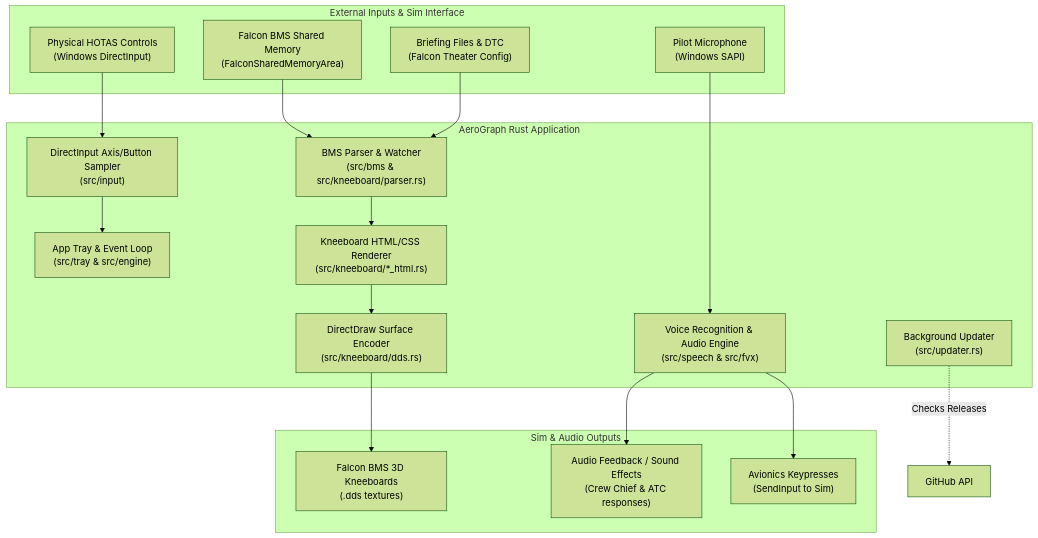
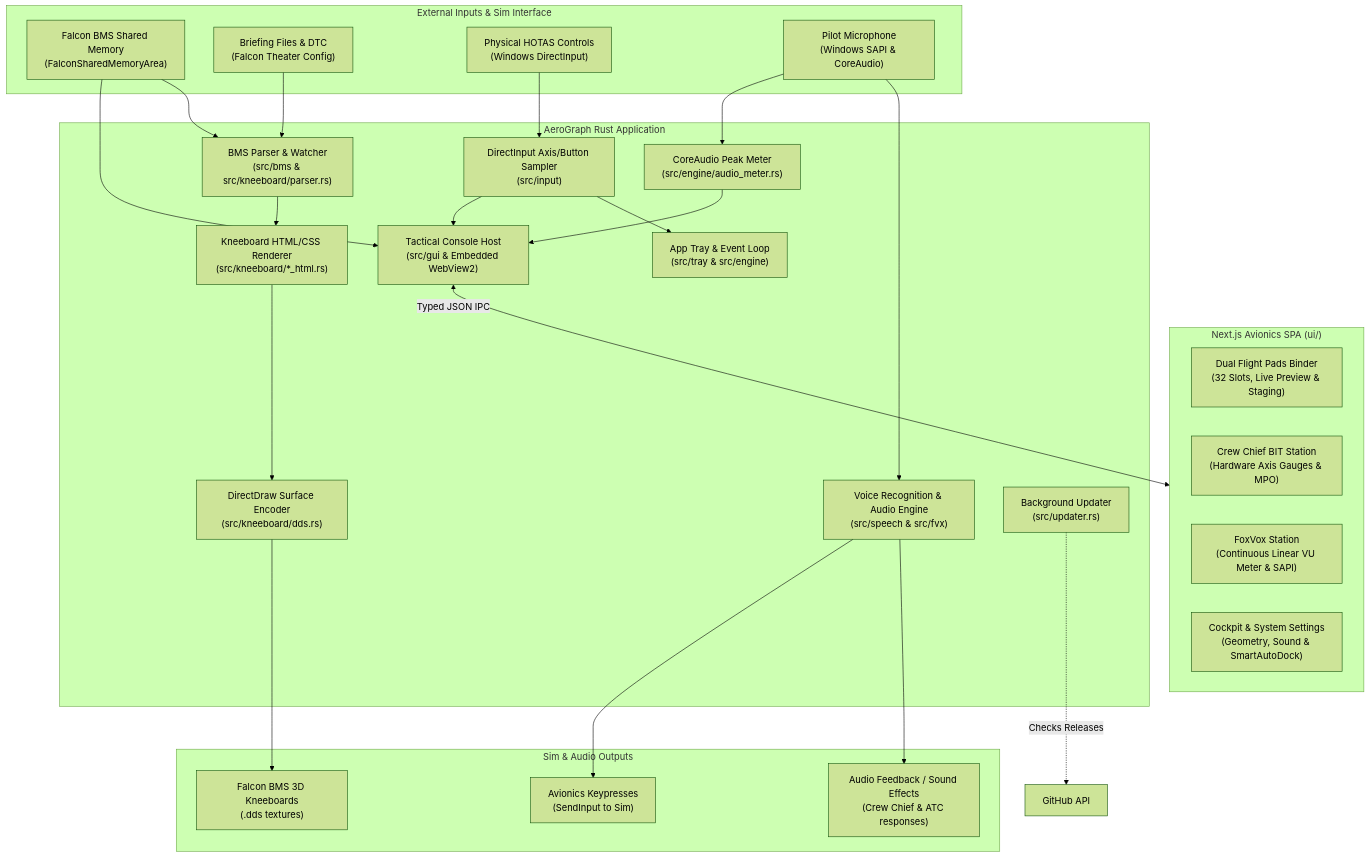
The diagram in docs/ARCHITECTURE.md (yagiziskirik/AeroGraph), drawn with Mermaid (forest theme) before and after one commit. The commit also changed other lines of this file and 2 other files, not shown here.

First line of the commit message:
docs: update architecture, user guide and contributing instructions

````diff
--- a/docs/ARCHITECTURE.md
+++ b/docs/ARCHITECTURE.md
@@ -18,40 +19,54 @@
 ```mermaid
 flowchart TD
     subgraph SimAndHardware["External Inputs & Sim Interface"]
         SM["Falcon BMS Shared Memory<br/>(FalconSharedMemoryArea)"]
         BF["Briefing Files & DTC<br/>(Falcon Theater Config)"]
         DI["Physical HOTAS Controls<br/>(Windows DirectInput)"]
-        MIC["Pilot Microphone<br/>(Windows SAPI)"]
+        MIC["Pilot Microphone<br/>(Windows SAPI & CoreAudio)"]
     end
 
     subgraph AeroGraphCore["AeroGraph Rust Application"]
         TR["App Tray & Event Loop<br/>(src/tray & src/engine)"]
         BP["BMS Parser & Watcher<br/>(src/bms & src/kneeboard/parser.rs)"]
         KR["Kneeboard HTML/CSS Renderer<br/>(src/kneeboard/*_html.rs)"]
         DDS["DirectDraw Surface Encoder<br/>(src/kneeboard/dds.rs)"]
         SP["Voice Recognition & Audio Engine<br/>(src/speech & src/fvx)"]
+        AM["CoreAudio Peak Meter<br/>(src/engine/audio_meter.rs)"]
         INP["DirectInput Axis/Button Sampler<br/>(src/input)"]
         UP["Background Updater<br/>(src/updater.rs)"]
+        GUI["Tactical Console Host<br/>(src/gui & Embedded WebView2)"]
+    end
+
+    subgraph FrontendSPA["Next.js Avionics SPA (ui/)"]
+        BINDER["Dual Flight Pads Binder<br/>(32 Slots, Live Preview & Staging)"]
+        BIT["Crew Chief BIT Station<br/>(Hardware Axis Gauges & MPO)"]
+        COMMS["FoxVox Station<br/>(Continuous Linear VU Meter & SAPI)"]
+        SYS["Cockpit & System Settings<br/>(Geometry, Sound & SmartAutoDock)"]
     end
 
     subgraph Outputs["Sim & Audio Outputs"]
         TEX["Falcon BMS 3D Kneeboards<br/>(.dds textures)"]
         SND["Audio Feedback / Sound Effects<br/>(Crew Chief & ATC responses)"]
         SIM_CMD["Avionics Keypresses<br/>(SendInput to Sim)"]
     end
 
     SM --> BP
+    SM --> GUI
     BF --> BP
     BP --> KR
     KR --> DDS
     DDS --> TEX
 
     MIC --> SP
+    MIC --> AM
+    AM --> GUI
     SP --> SND
     SP --> SIM_CMD
 
     DI --> INP
     INP --> TR
+    INP --> GUI
 
+    GUI <-->|Typed JSON IPC| FrontendSPA
     UP -.->|Checks Releases| GH["GitHub API"]
 ```
````
